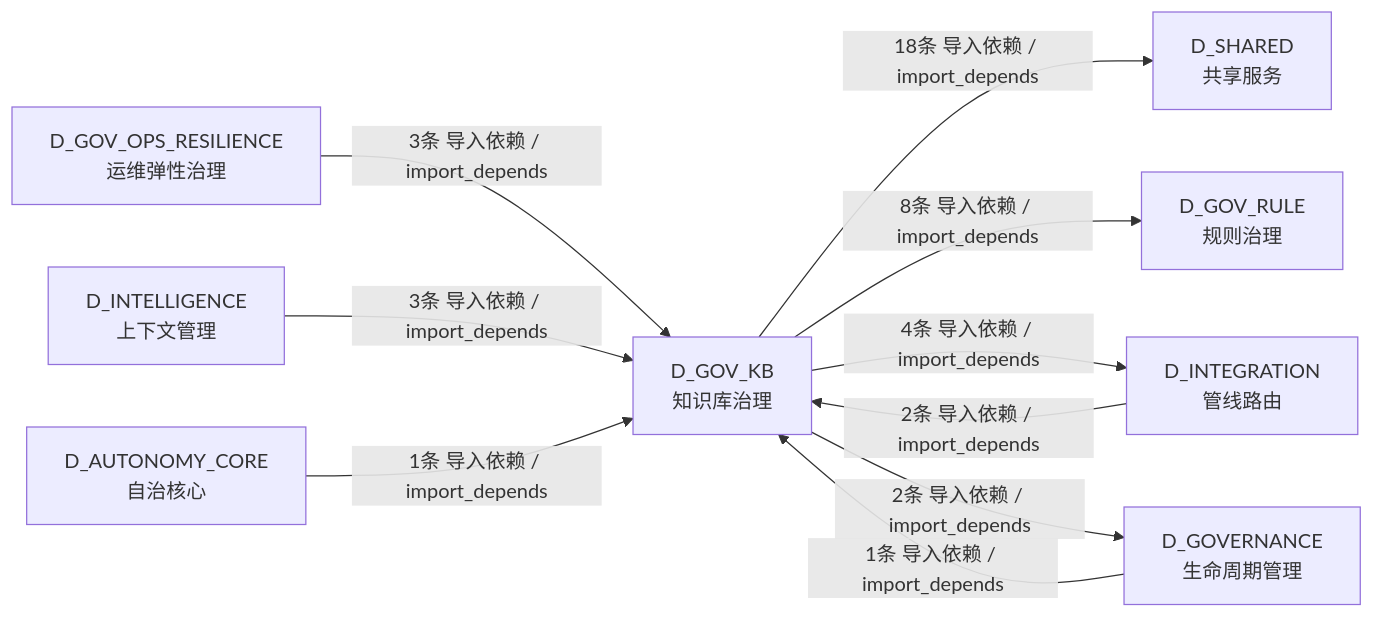
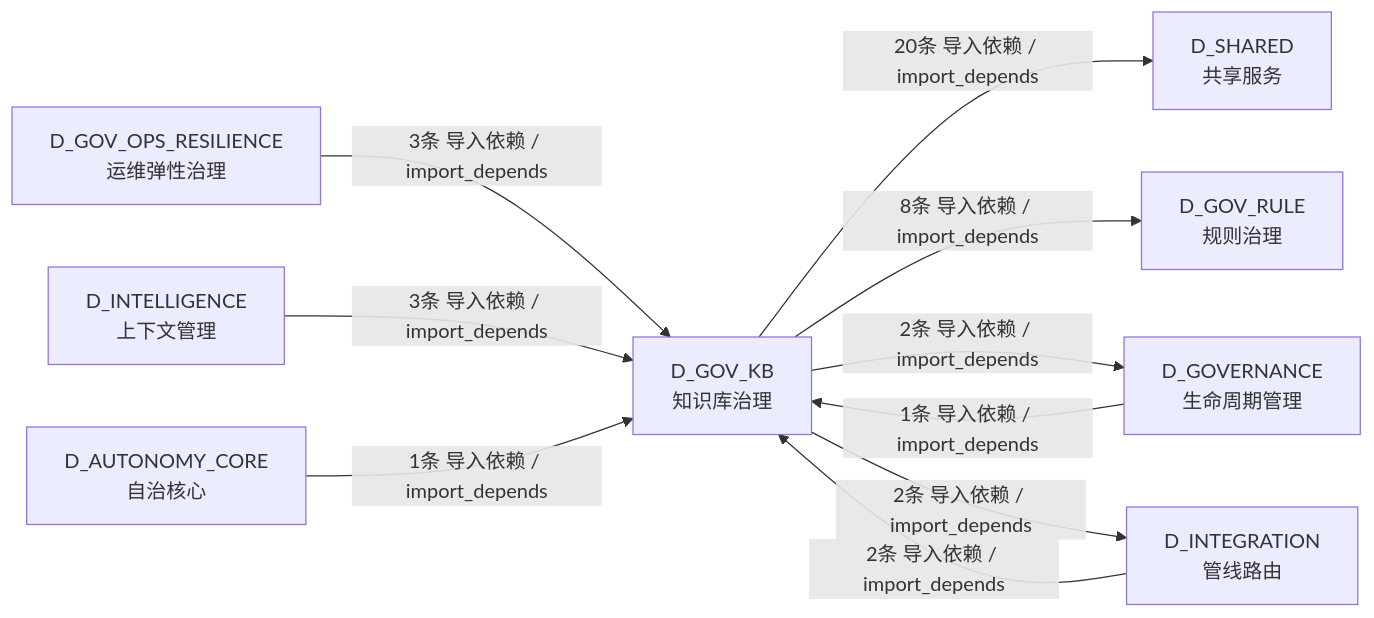
One commit to xuanFelixVan/ZephyrAlpha changed the fifth of 5 diagrams in docs/02_enterprise_architecture/02_domain_architecture_docs/43_d_gov_kb.md. Above: the diagram before and after it, drawn with Mermaid. The commit also changed other lines of this file and 103 other files, not shown here.

````diff
--- a/docs/02_enterprise_architecture/02_domain_architecture_docs/43_d_gov_kb.md
+++ b/docs/02_enterprise_architecture/02_domain_architecture_docs/43_d_gov_kb.md
@@ -382,20 +380,20 @@
 ```mermaid
 graph LR
     D_GOV_KB["D_GOV_KB<br/>知识库治理"]
     D_SHARED["D_SHARED<br/>共享服务"]
     D_GOV_RULE["D_GOV_RULE<br/>规则治理"]
+    D_GOVERNANCE["D_GOVERNANCE<br/>生命周期管理"]
     D_INTEGRATION["D_INTEGRATION<br/>管线路由"]
-    D_GOVERNANCE["D_GOVERNANCE<br/>生命周期管理"]
     D_GOV_OPS_RESILIENCE["D_GOV_OPS_RESILIENCE<br/>运维弹性治理"]
     D_INTELLIGENCE["D_INTELLIGENCE<br/>上下文管理"]
     D_AUTONOMY_CORE["D_AUTONOMY_CORE<br/>自治核心"]
-    D_GOV_KB -->|18条 导入依赖 / import_depends| D_SHARED
+    D_GOV_KB -->|20条 导入依赖 / import_depends| D_SHARED
     D_GOV_KB -->|8条 导入依赖 / import_depends| D_GOV_RULE
-    D_GOV_KB -->|4条 导入依赖 / import_depends| D_INTEGRATION
     D_GOV_KB -->|2条 导入依赖 / import_depends| D_GOVERNANCE
+    D_GOV_KB -->|2条 导入依赖 / import_depends| D_INTEGRATION
     D_GOV_OPS_RESILIENCE -->|3条 导入依赖 / import_depends| D_GOV_KB
     D_INTELLIGENCE -->|3条 导入依赖 / import_depends| D_GOV_KB
     D_INTEGRATION -->|2条 导入依赖 / import_depends| D_GOV_KB
     D_AUTONOMY_CORE -->|1条 导入依赖 / import_depends| D_GOV_KB
     D_GOVERNANCE -->|1条 导入依赖 / import_depends| D_GOV_KB
 ```
````
